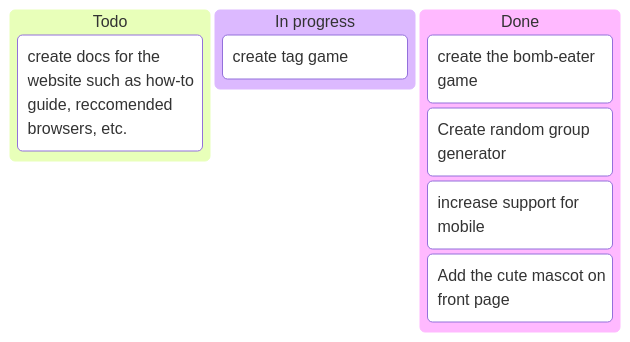
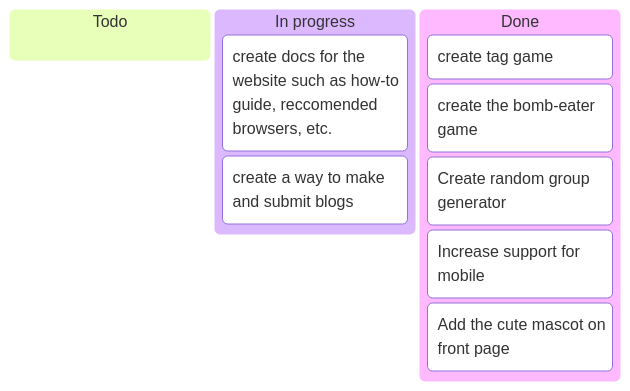
The diagram in README.md (MrCheesie/alris_games), drawn with Mermaid before and after one commit. The commit also changed other lines of this file, not shown here.

````diff
--- a/README.md
+++ b/README.md
@@ -59,12 +62,14 @@
 ```mermaid
 kanban
   Todo
+  In progress
     [create docs for the website such as how-to guide, reccomended browsers, etc.]
-  In progress
+    [create a way to make and submit blogs]
+  
+  Done
     [create tag game]
-  Done
     [create the bomb-eater game]
     [Create random group generator]
-    [increase support for mobile]
+    [Increase support for mobile]
     [Add the cute mascot on front page]
 ```
````
